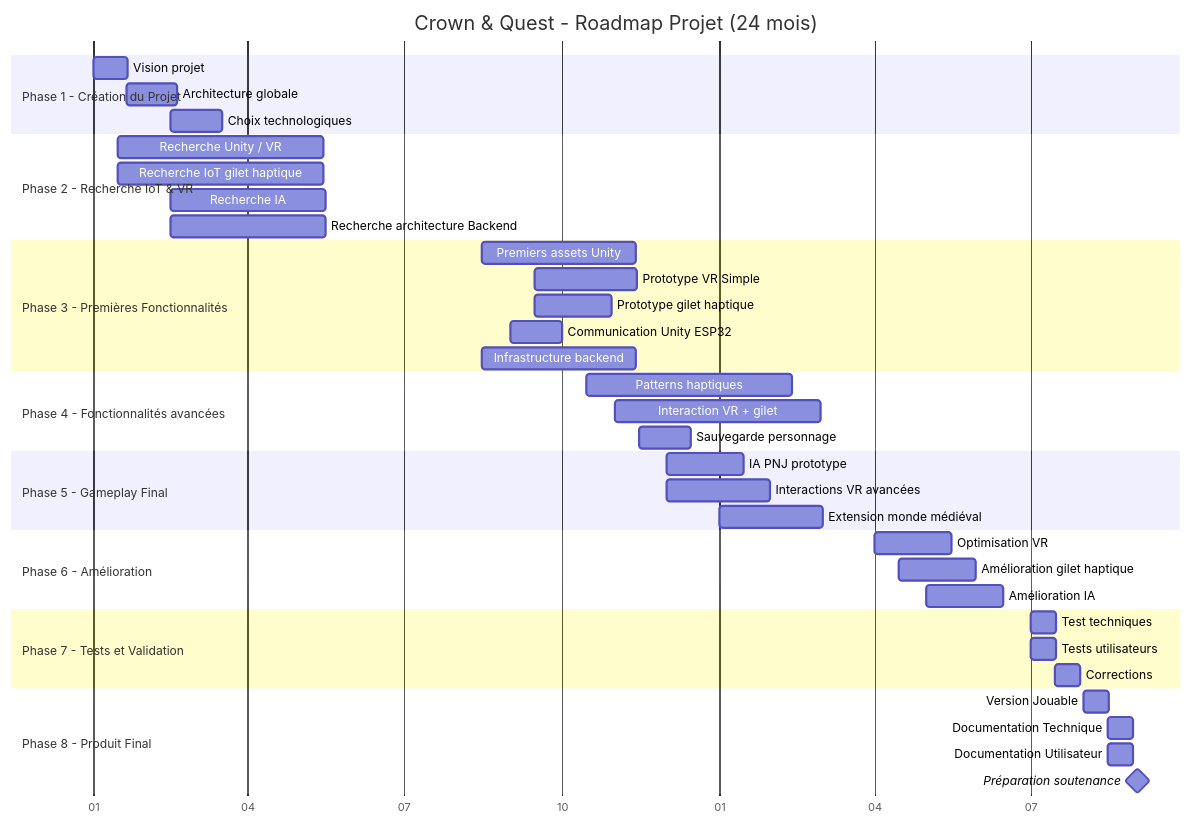
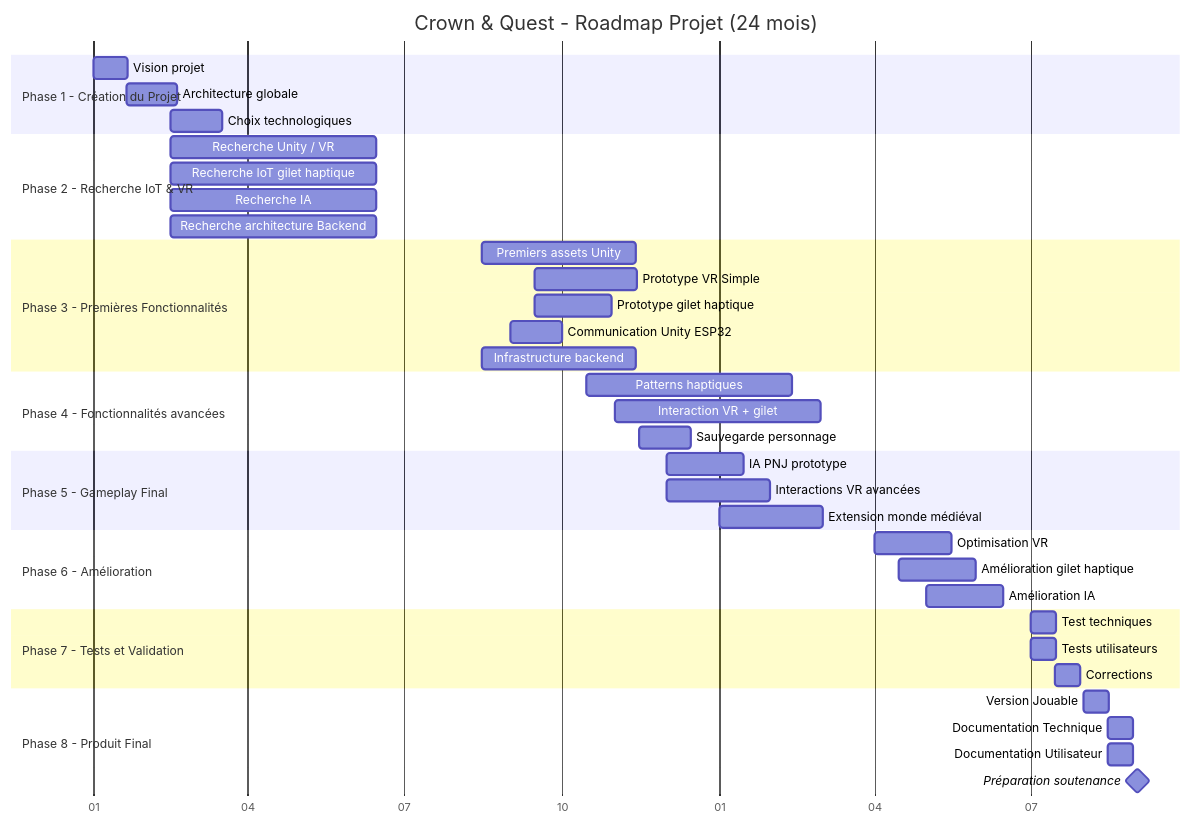
One commit to Crown-Quest/docs changed the diagram in docs/Architecture/gantt.md. Above: the diagram before and after it, drawn with Mermaid.

Commit message:
doc(architecture): corriger les dates de la phase recherche IoT & VR
Aligner les dates de début et la durée de la recherche IA et backend
sur les autres tâches de la phase 2.

````diff
--- a/docs/Architecture/gantt.md
+++ b/docs/Architecture/gantt.md
@@ -1,50 +1,50 @@
 ```mermaid
 gantt
 title Crown & Quest - Roadmap Projet (24 mois)
 dateFormat YYYY-MM-DD
 axisFormat %m
 
 section Phase 1 - Création du Projet
 Vision projet :p1a, 2026-01-01, 20d
 Architecture globale :p1b, 2026-01-20, 30d
 Choix technologiques :p1c, 2026-02-15, 30d
 
 section Phase 2 - Recherche IoT & VR
-Recherche Unity / VR :p2a, 2026-01-15, 120d
-Recherche IoT gilet haptique :p2b, 2026-01-15, 120d
-Recherche IA :p2c, 2026-02-15, 90d
-Recherche architecture Backend :p2d, 2026-02-15, 90d
+Recherche Unity / VR :p2a, 2026-02-15, 120d
+Recherche IoT gilet haptique :p2b, 2026-02-15, 120d
+Recherche IA :p2c, 2026-02-15, 120d
+Recherche architecture Backend :p2d, 2026-02-15, 120d
 
 section Phase 3 - Premières Fonctionnalités
 Premiers assets Unity :p3a, 2026-08-15, 90d
 Prototype VR Simple :p3b, 2026-09-15, 60d
 Prototype gilet haptique :p3c, 2026-09-15, 45d
 Communication Unity ESP32 :p3d, 2026-09-01, 30d
 Infrastructure backend :p3e, 2026-08-15, 90d
 
 section Phase 4 - Fonctionnalités avancées
 Patterns haptiques :p4a, 2026-10-15, 120d
 Interaction VR + gilet :p4b, 2026-11-01, 120d
 Sauvegarde personnage :p4c, 2026-11-15, 30d
 
 section Phase 5 - Gameplay Final
 IA PNJ prototype :p5a, 2026-12-01, 45d
 Interactions VR avancées :p5b, 2026-12-01, 60d
 Extension monde médiéval :p5c, 2027-01-01, 60d
 
 section Phase 6 - Amélioration
 Optimisation VR :p6a, 2027-04-01, 45d
 Amélioration gilet haptique :p6b, 2027-04-15, 45d
 Amélioration IA :p6c, 2027-05-01, 45d
 
 section Phase 7 - Tests et Validation
 Test techniques: p7a,2027-07-01, 15d
 Tests utilisateurs :p7b, 2027-07-01, 15d
 Corrections :p7c, 2027-07-15, 15d
 
 section Phase 8 - Produit Final
 Version Jouable :p8a, 2027-08-01, 15d
 Documentation Technique :p8b, 2027-08-15, 15d
 Documentation Utilisateur :p8c, 2027-08-15, 15d
 Préparation soutenance :milestone, 2027-09-01, 1d
 ```
````
